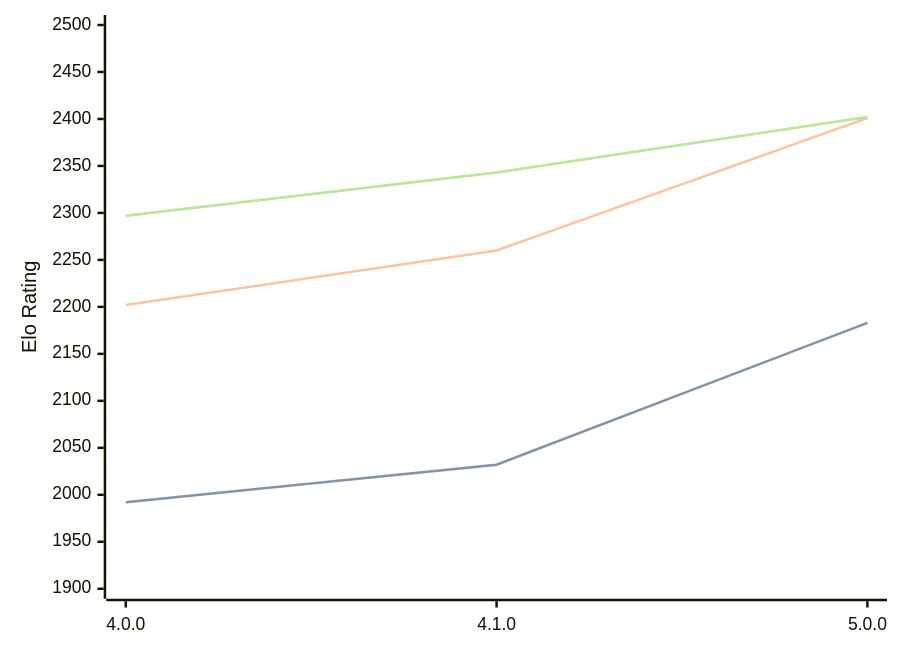
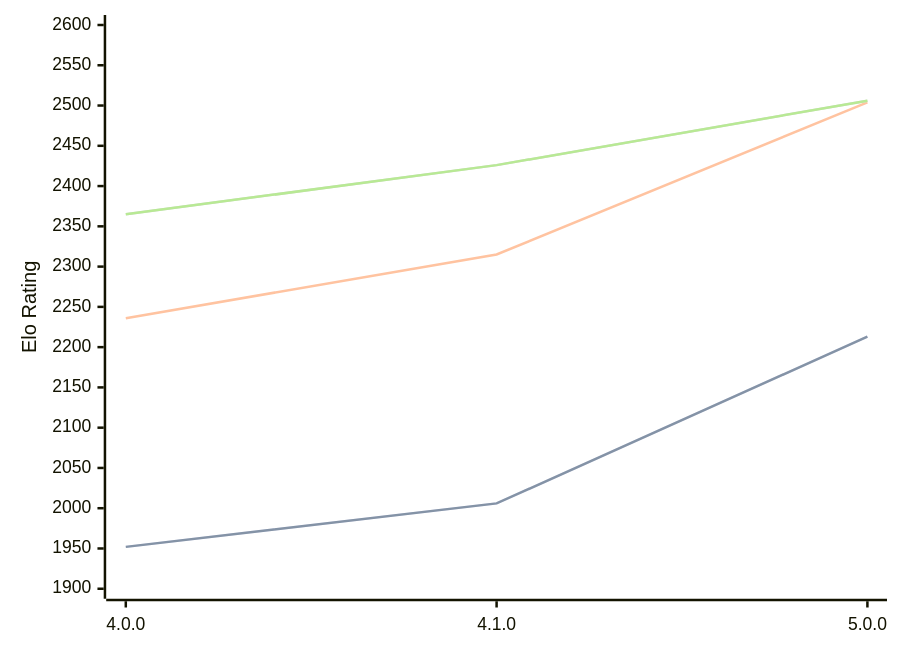
Before and after one commit to computer-chess-index/cci: the diagram in engines/Aconcagua.md, drawn with Mermaid. The commit also changed other lines of this file, not shown here.

Commit message:
Update CCI Ratings (ELO VLTC) - 2026-02-24

````diff
--- a/engines/Aconcagua.md
+++ b/engines/Aconcagua.md
@@ -39,11 +40,11 @@
 ```mermaid
 %%{init: {"theme":"base","themeVariables":{"seriesColors:['#a3a3a3','#222221','#faa371']}}}%%
 xychart-beta
   x-axis ["4.0.0", "4.1.0", "5.0.0"]
-  y-axis "Elo Rating" 1900 --> 2500
-  line "STC (8.0+0.08s)" [1992, 2032, 2183]
-  line "STC (8.0+0.08s)" [1992, 2032, 2183]
-  line "LTC (60.0+0.60s)" [2202, 2260, 2401]
-  line "VLTC (2m24s+1.12s)" [2297, 2343, 2402]
-  line "VLTC (2m24s+1.12s)" [2297, 2343, 2402]
+  y-axis "Elo Rating" 1900 --> 2600
+  line "STC (8.0+0.08s)" [1952, 2006, 2213]
+  line "STC (8.0+0.08s)" [1952, 2006, 2213]
+  line "LTC (60.0+0.60s)" [2236, 2315, 2504]
+  line "VLTC (2m24s+1.12s)" [2365, 2426, 2506]
+  line "VLTC (2m24s+1.12s)" [2365, 2426, 2506]
 ```
````
